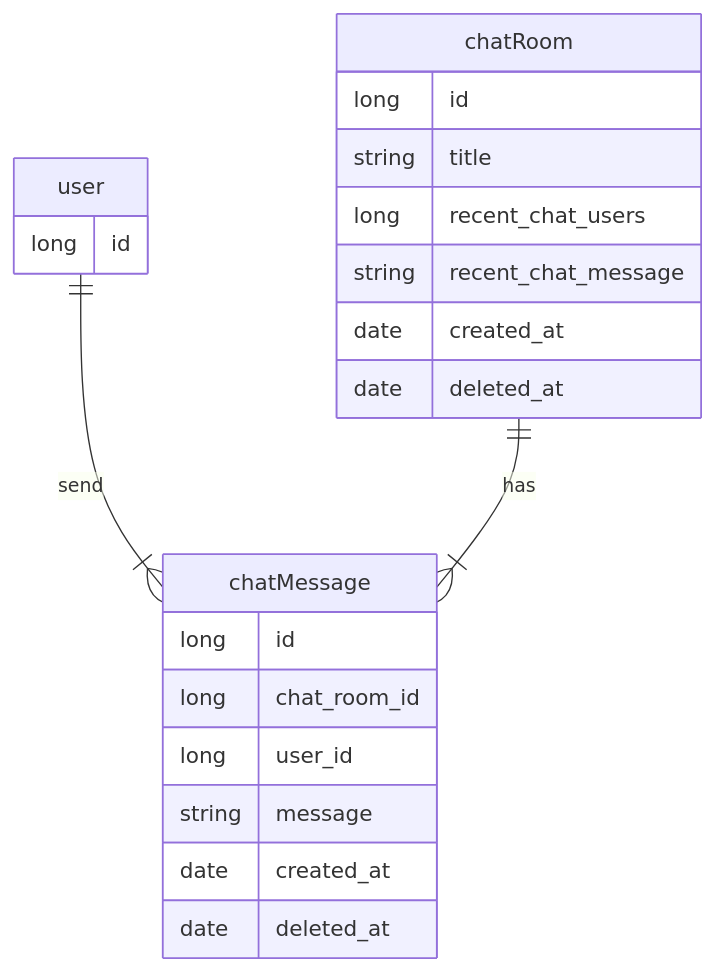
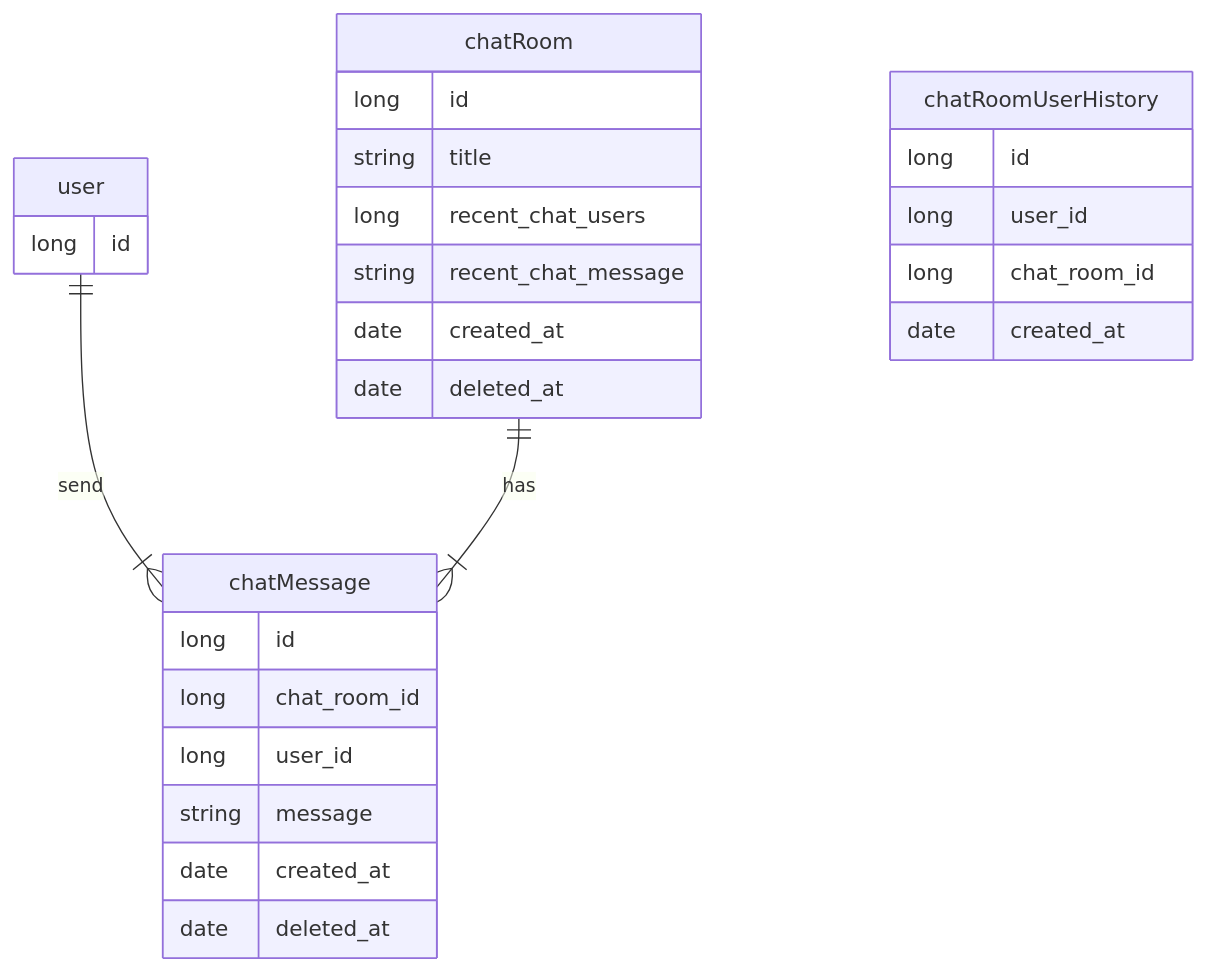
Before and after one commit to YoungWonBackendStudy/chat: the sixth of 6 diagrams in README.md, drawn with Mermaid. The commit also changed other lines of this file and 22 other files, not shown here.

````diff
--- a/README.md
+++ b/README.md
@@ -45,27 +56,34 @@
 ```mermaid
 erDiagram
     user {
         long id
     }
     
     chatRoom {
         long id
         string title
         long recent_chat_users
         string recent_chat_message
         date created_at
         date deleted_at
     }
     
     chatMessage {
         long id
         long chat_room_id
         long user_id
         string message
         date created_at
         date deleted_at
     }
     
+    chatRoomUserHistory {
+        long id
+        long user_id
+        long chat_room_id
+        date created_at
+    }
+    
     user ||--|{ chatMessage: send
     chatRoom ||--|{ chatMessage: has
 ```
````
